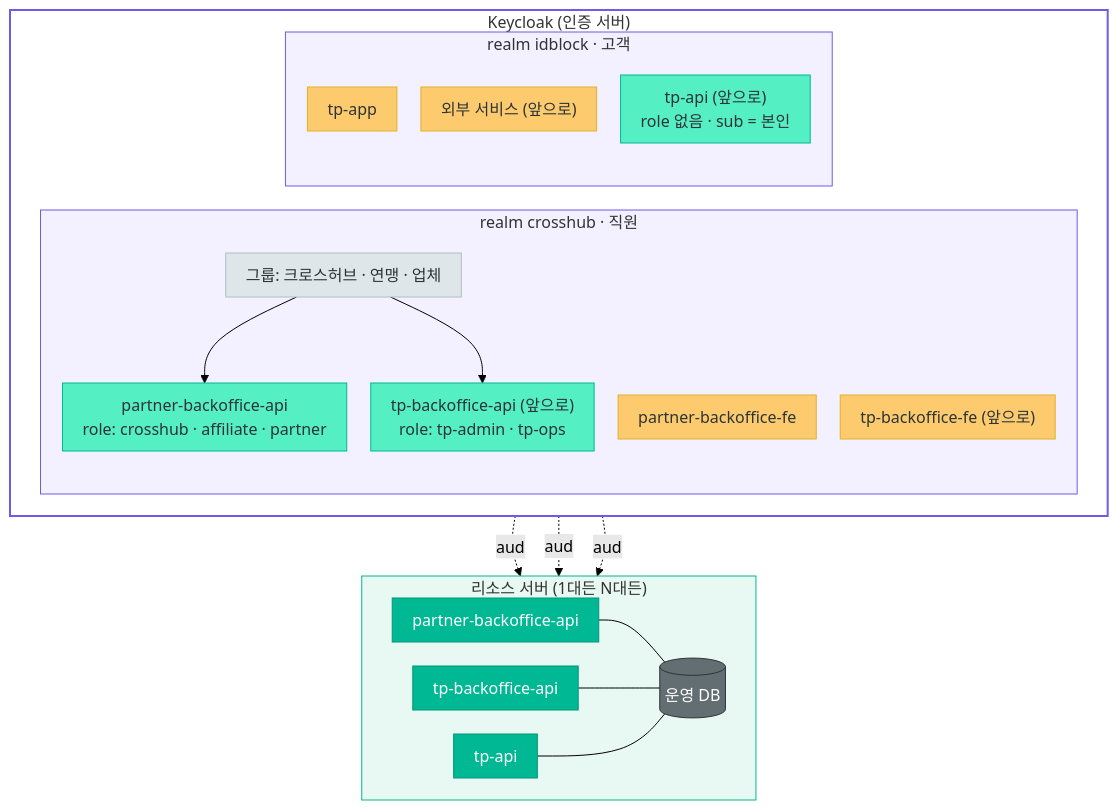
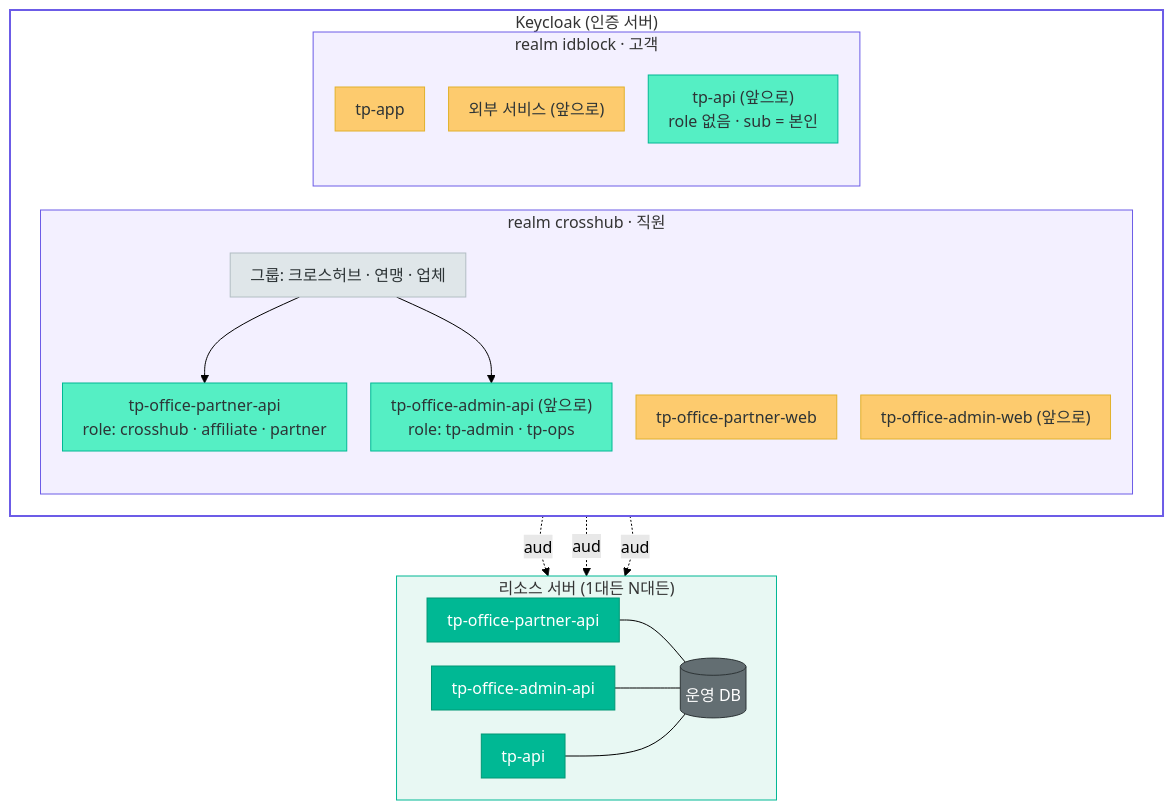
One commit to crosshub-poc-backoffice/travelpass-backoffice-BE changed the second of 4 diagrams in docs/architecture-overview.md. Above: the diagram before and after it, drawn with Mermaid (forest theme). The commit also changed other lines of this file and 16 other files, not shown here.

First line of the commit message:
refactor: Keycloak client 이름을 tp-office-partner-* 로

````diff
--- a/docs/architecture-overview.md
+++ b/docs/architecture-overview.md
@@ -64,53 +72,53 @@
 ```mermaid
 %%{init: {"flowchart": {"wrappingWidth": 480, "nodeSpacing": 24, "rankSpacing": 36, "padding": 10}}}%%
 flowchart TB
   subgraph KC["Keycloak (인증 서버)"]
     direction LR
     subgraph R1["realm crosshub · 직원"]
       direction TB
       G1["그룹: 크로스허브 · 연맹 · 업체"]
-      L1a["partner-backoffice-fe"]
-      L1b["tp-backoffice-fe (앞으로)"]
-      N1a["partner-backoffice-api<br/>role: crosshub · affiliate · partner"]
-      N1b["tp-backoffice-api (앞으로)<br/>role: tp-admin · tp-ops"]
+      L1a["tp-office-partner-web"]
+      L1b["tp-office-admin-web (앞으로)"]
+      N1a["tp-office-partner-api<br/>role: crosshub · affiliate · partner"]
+      N1b["tp-office-admin-api (앞으로)<br/>role: tp-admin · tp-ops"]
       G1 --> N1a
       G1 --> N1b
     end
     subgraph R2["realm idblock · 고객"]
       direction TB
       L2a["tp-app"]
       L2b["외부 서비스 (앞으로)"]
       N2["tp-api (앞으로)<br/>role 없음 · sub = 본인"]
     end
   end
 
   subgraph RS["리소스 서버 (1대든 N대든)"]
     direction LR
-    P["partner-backoffice-api"]
-    O["tp-backoffice-api"]
+    P["tp-office-partner-api"]
+    O["tp-office-admin-api"]
     T["tp-api"]
     DB[("운영 DB")]
     P --- DB
     O --- DB
     T --- DB
   end
 
   N1a -. aud .-> P
   N1b -. aud .-> O
   N2 -. aud .-> T
 
   classDef app fill:#FDCB6E,stroke:#e1b12c,color:#2d3436
   classDef tag fill:#55efc4,stroke:#00B894,color:#2d3436
   classDef grp fill:#dfe6e9,stroke:#b2bec3,color:#2d3436
   classDef rs fill:#00B894,stroke:#019875,color:#fff
   classDef db fill:#636e72,stroke:#2d3436,color:#fff
   class L1a,L1b,L2a,L2b app
   class N1a,N1b,N2 tag
   class G1 grp
   class P,O,T rs
   class DB db
   style R1 fill:#f3f0ff,stroke:#6C5CE7
   style R2 fill:#f3f0ff,stroke:#6C5CE7
   style KC fill:#ffffff,stroke:#6C5CE7,stroke-width:2px
   style RS fill:#e8f8f3,stroke:#00B894
 ```
````
